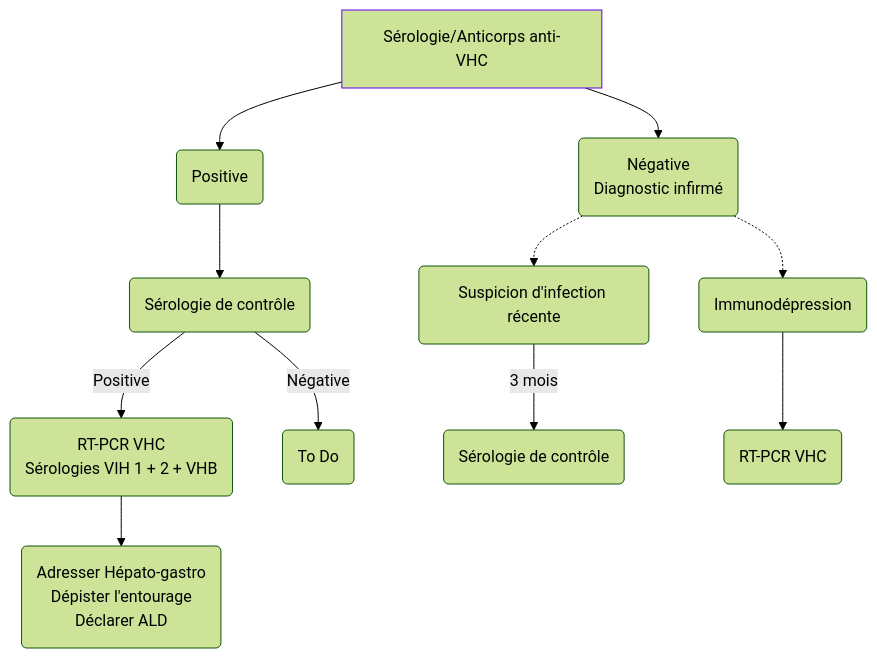
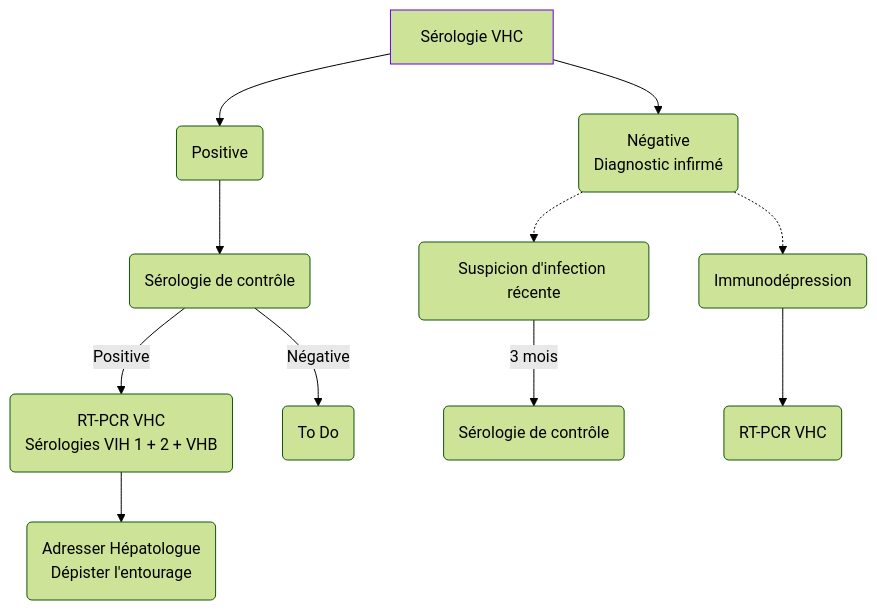
The first of 2 diagrams in content/recommandations/hepatite-c.md (djibe/recommandations-medicales), drawn with Mermaid (forest theme) before and after one commit. The commit also changed other lines of this file and 11 other files, not shown here.

```diff
--- a/content/recommandations/hepatite-c.md
+++ b/content/recommandations/hepatite-c.md
@@ -147,14 +147,14 @@
 {{< mermaid >}}
 graph TB
-  serologie[Sérologie/Anticorps anti-VHC] --> serologie+(Positive)
+  serologie[Sérologie VHC] --> serologie+(Positive)
   style serologie stroke:#6200ee, stroke-width:1px
   serologie+ --> controle(Sérologie de contrôle)
     controle -- Positive --> pcr(RT-PCR VHC<br>Sérologies VIH 1 + 2 + VHB)
     controle -- Négative --> controleNegatif(To Do)
-    pcr --> mg(Adresser Hépato-gastro<br>Dépister l'entourage<br>Déclarer ALD)
+    pcr --> mg(Adresser Hépatologue<br>Dépister l'entourage)
   serologie --> serologie-(Négative<br>Diagnostic infirmé)
   serologie- -.-> infRecente(Suspicion d'infection récente)
     infRecente -- 3 mois --> 3mois(Sérologie de contrôle)
   serologie- -.-> immunodep(Immunodépression)
     immunodep --> pcr2(RT-PCR VHC)
 {{< /mermaid >}}
```
